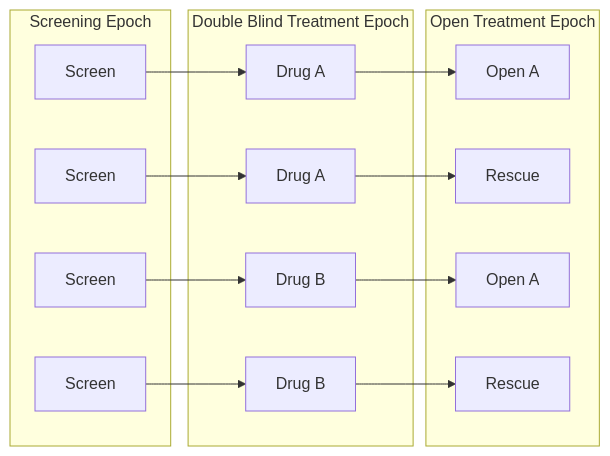
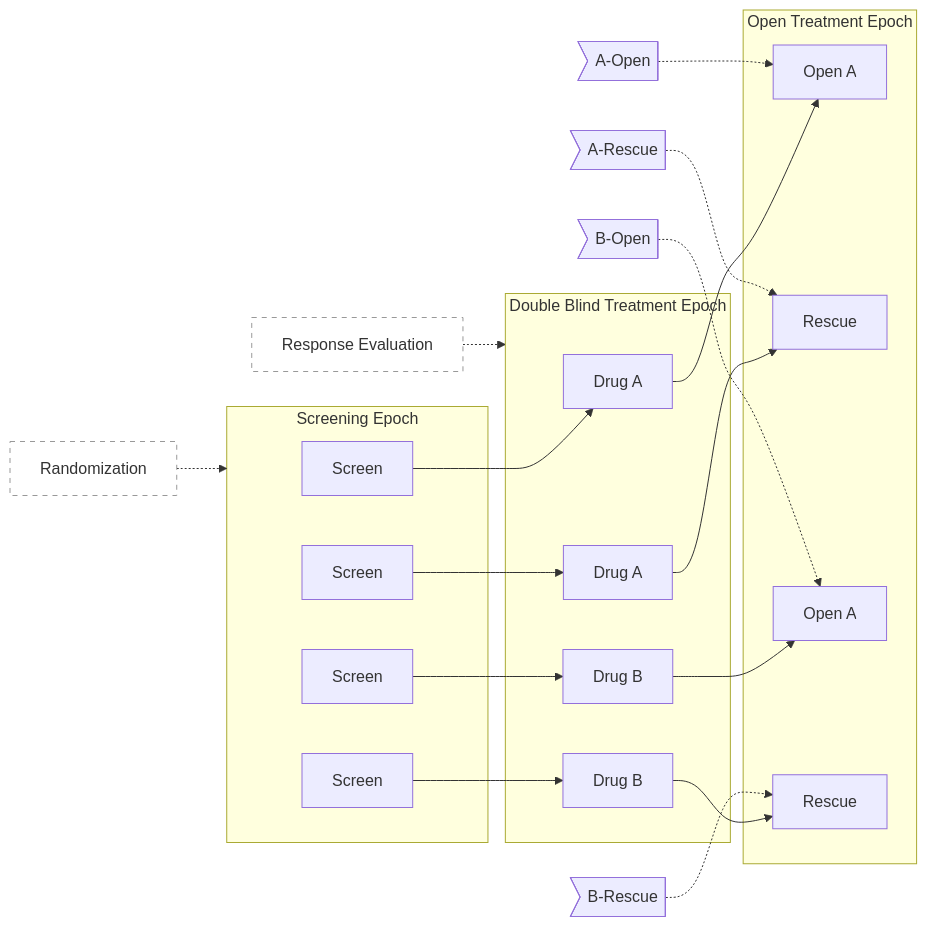
Before and after one commit to hakupao/sdtm-pedia: diagram 11 of 24 in knowledge_base/domains/TA/examples.md, drawn with Mermaid. The commit also changed other lines of this file and 12 other files, not shown here.

First line of the commit message:
fix(kb): Tier B batch B-TA — TA narratives restored + 24 Mermaid vs PDF figures (PASS after 3 attempts; local)

````diff
--- a/knowledge_base/domains/TA/examples.md
+++ b/knowledge_base/domains/TA/examples.md
@@ -283,25 +428,33 @@
 ```mermaid
 graph LR
     subgraph SE["Screening Epoch"]
         s1[Screen]
         s2[Screen]
         s3[Screen]
         s4[Screen]
     end
     subgraph DB["Double Blind Treatment Epoch"]
         da1[Drug A]
         da2[Drug A]
         db1[Drug B]
         db2[Drug B]
     end
     subgraph OL["Open Treatment Epoch"]
         oa1[Open A]
         r1[Rescue]
         oa2[Open A]
         r2[Rescue]
     end
     s1 --> da1 --> oa1
     s2 --> da2 --> r1
     s3 --> db1 --> oa2
     s4 --> db2 --> r2
+    arm1>"A-Open"] -.-> oa1
+    arm2>"A-Rescue"] -.-> r1
+    arm3>"B-Open"] -.-> oa2
+    arm4>"B-Rescue"] -.-> r2
+    rand["Randomization"] -.-> SE
+    resp["Response Evaluation"] -.-> DB
+    style rand fill:#fff,stroke:#999,stroke-dasharray:5 5
+    style resp fill:#fff,stroke:#999,stroke-dasharray:5 5
 ```
````
